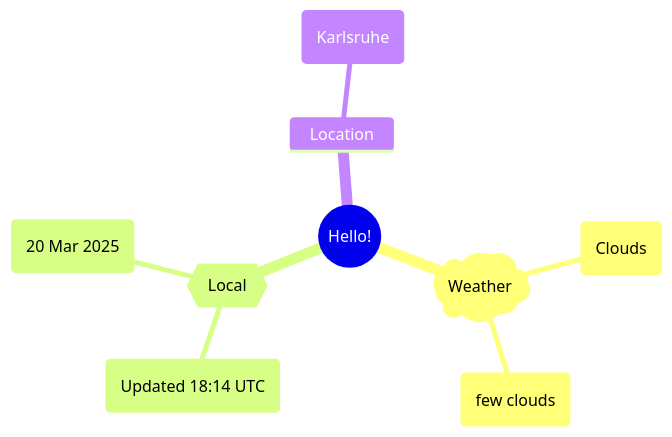
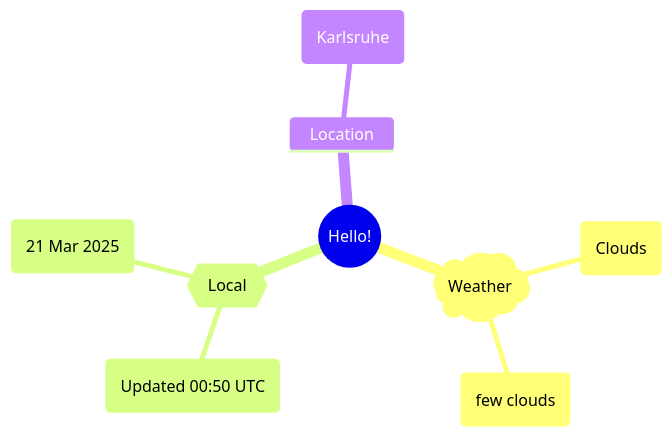
The first of 2 diagrams in README.md (Xosrov/Xosrov), drawn with Mermaid before and after one commit.

Commit message:
[bot] updated images

````diff
--- a/README.md
+++ b/README.md
@@ -3,12 +3,12 @@
 ```mermaid
 mindmap
   root((Hello!))
     )Weather(
         (Clouds)
         (few clouds)
     {{Local}}
-        (Updated 18:14 UTC)
-        (20 Mar 2025)
+        (Updated 00:50 UTC)
+        (21 Mar 2025)
     Location
         (Karlsruhe)
 ```
````
